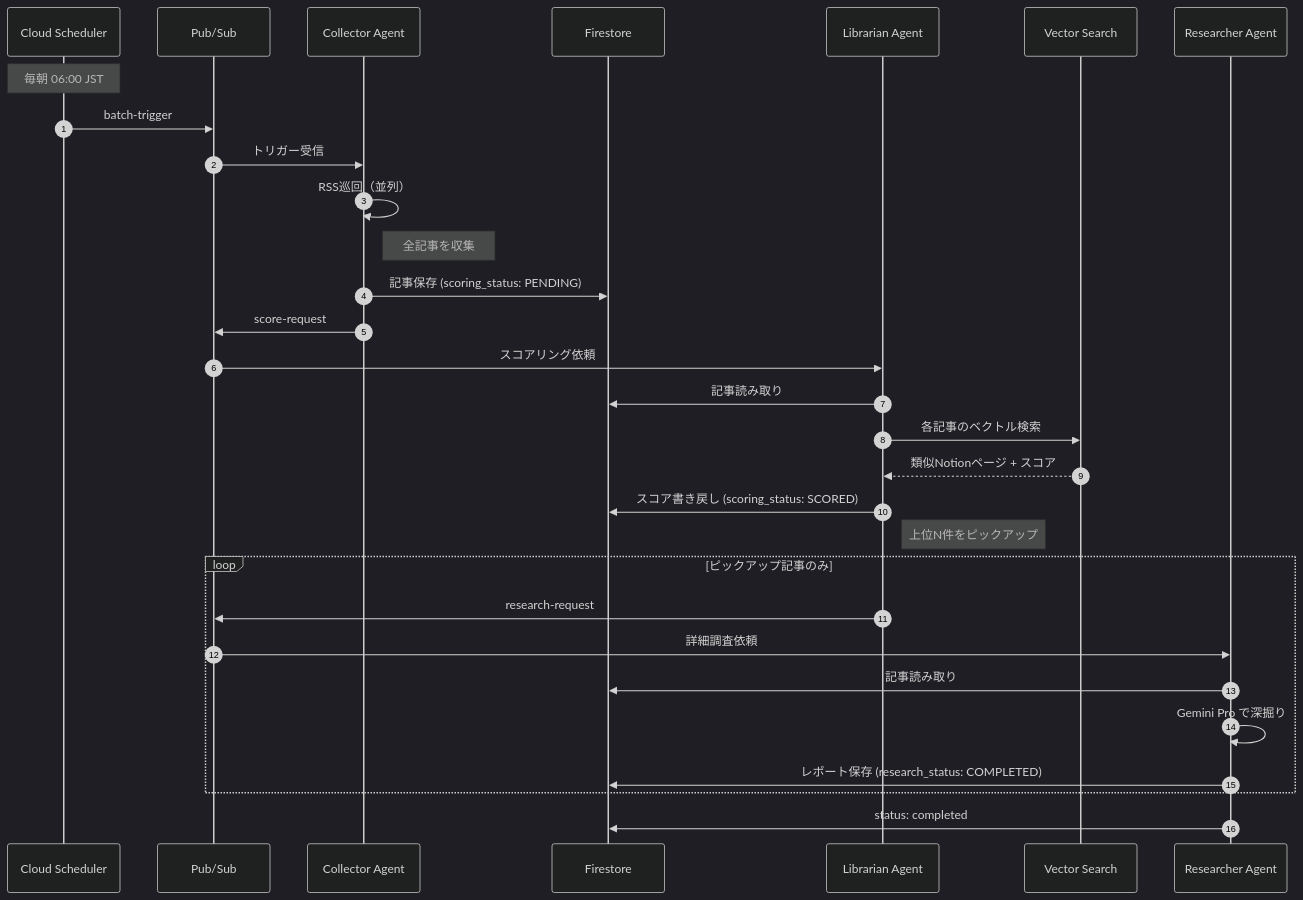
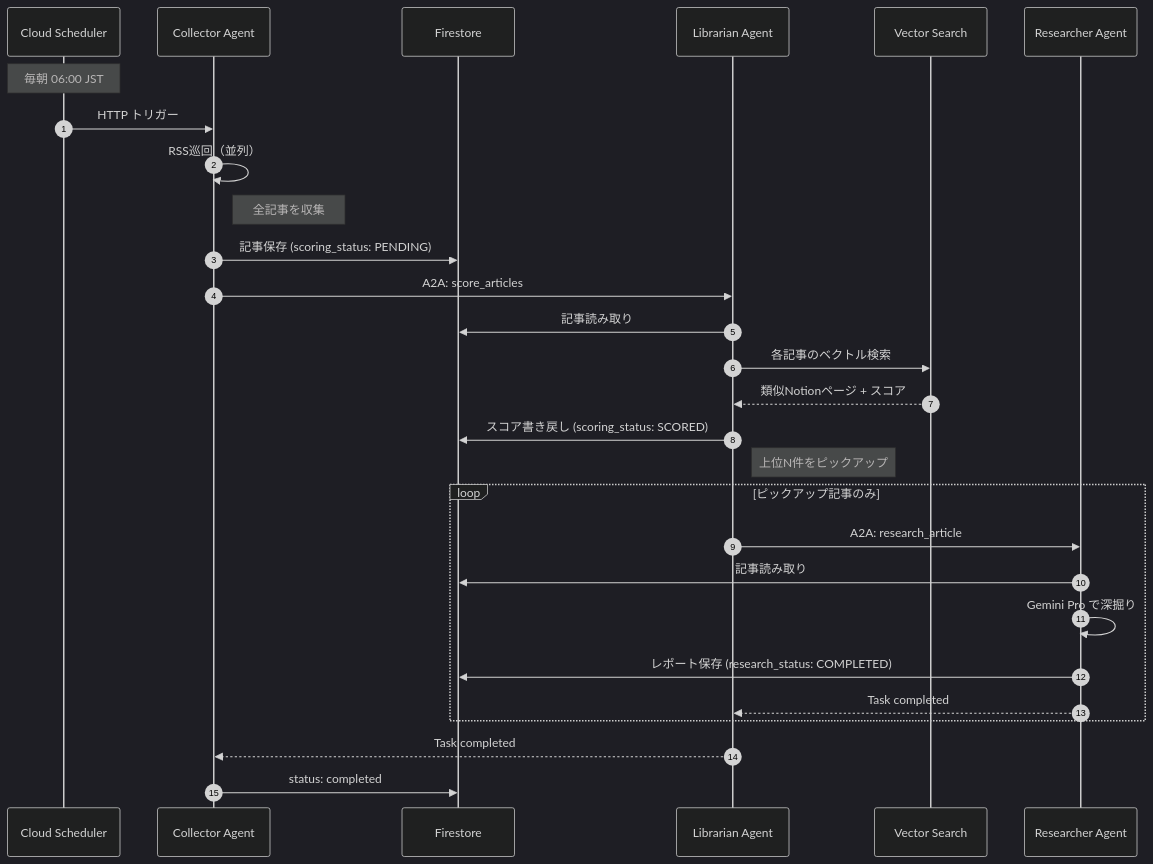
Before and after one commit to Renz0043/curation-persona: the second of 2 diagrams in docs/Design_doc.md, drawn with Mermaid (dark theme). The commit also changed other lines of this file and 4 other files, not shown here.

````diff
--- a/docs/Design_doc.md
+++ b/docs/Design_doc.md
@@ -185,37 +223,35 @@
 ```mermaid
 sequenceDiagram
     autonumber
     participant Scheduler as Cloud Scheduler
-    participant PubSub as Pub/Sub
     participant Collector as Collector Agent
     participant DB as Firestore
     participant Librarian as Librarian Agent
     participant Vector as Vector Search
     participant Researcher as Researcher Agent
 
     Note over Scheduler: 毎朝 06:00 JST
-    Scheduler->>PubSub: batch-trigger
-    PubSub->>Collector: トリガー受信
+    Scheduler->>Collector: HTTP トリガー
 
     Collector->>Collector: RSS巡回（並列）
     Note right of Collector: 全記事を収集
     Collector->>DB: 記事保存 (scoring_status: PENDING)
-    Collector->>PubSub: score-request
+    Collector->>Librarian: A2A: score_articles
 
-    PubSub->>Librarian: スコアリング依頼
     Librarian->>DB: 記事読み取り
     Librarian->>Vector: 各記事のベクトル検索
     Vector-->>Librarian: 類似Notionページ + スコア
     Librarian->>DB: スコア書き戻し (scoring_status: SCORED)
     Note right of Librarian: 上位N件をピックアップ
 
     loop ピックアップ記事のみ
-        Librarian->>PubSub: research-request
-        PubSub->>Researcher: 詳細調査依頼
+        Librarian->>Researcher: A2A: research_article
         Researcher->>DB: 記事読み取り
         Researcher->>Researcher: Gemini Pro で深掘り
         Researcher->>DB: レポート保存 (research_status: COMPLETED)
+        Researcher-->>Librarian: Task completed
     end
 
-    Researcher->>DB: status: completed
+    Librarian-->>Collector: Task completed
+    Collector->>DB: status: completed
 ```
````
